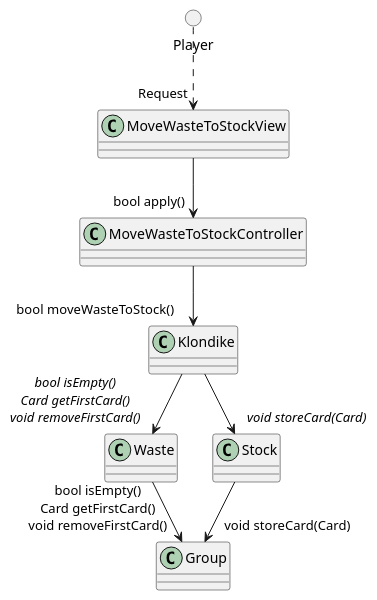
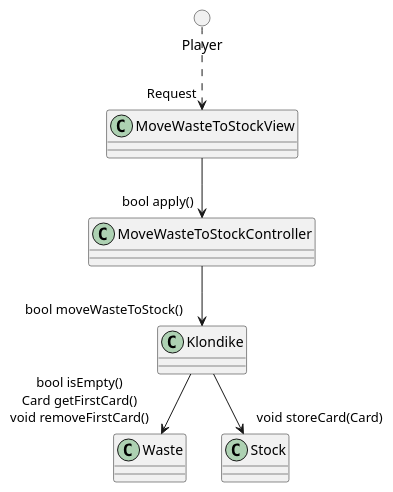
The diagram in analysis/collaboration/MoveWasteToStock.puml (ciscoruiz/klondike), drawn with PlantUML before and after one commit. The commit also changed 2 other files, not shown here.

Commit message:
Remove references to Group class

```diff
--- a/analysis/collaboration/MoveWasteToStock.puml
+++ b/analysis/collaboration/MoveWasteToStock.puml
@@ -1,21 +1,18 @@
 @startuml
 class MoveWasteToStockView
 class MoveWasteToStockController
 class Klondike
 class Waste
 class Stock
 circle Player
 
 Player ..> "Request" MoveWasteToStockView
 
 MoveWasteToStockView --> "bool apply()" MoveWasteToStockController
 
 MoveWasteToStockController --> "bool moveWasteToStock()" Klondike
 
-Klondike --> "//bool isEmpty()//\n//Card getFirstCard()//\n//void removeFirstCard()//" Waste
-Klondike --> "//void storeCard(Card)//" Stock
-
-Waste --> "bool isEmpty()\nCard getFirstCard()\nvoid removeFirstCard()" Group
-Stock --> "void storeCard(Card)" Group
+Klondike --> "bool isEmpty()\nCard getFirstCard()\nvoid removeFirstCard()" Waste
+Klondike --> "void storeCard(Card)" Stock
 
 @enduml
```
